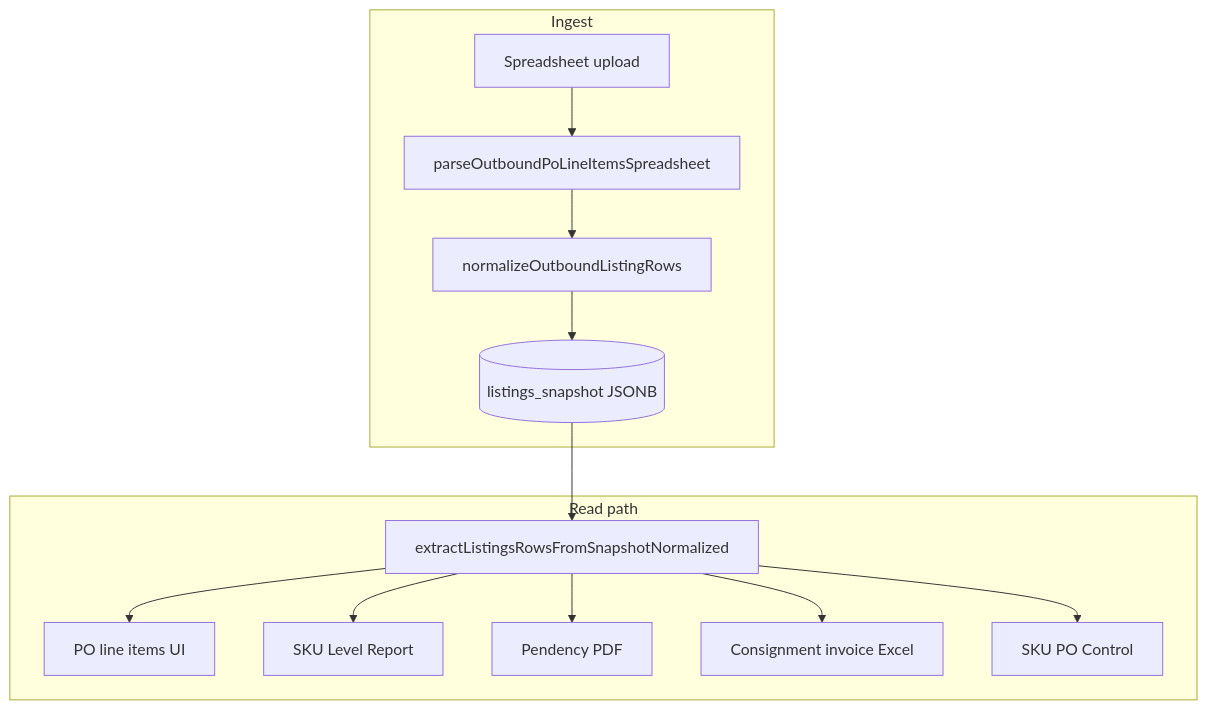
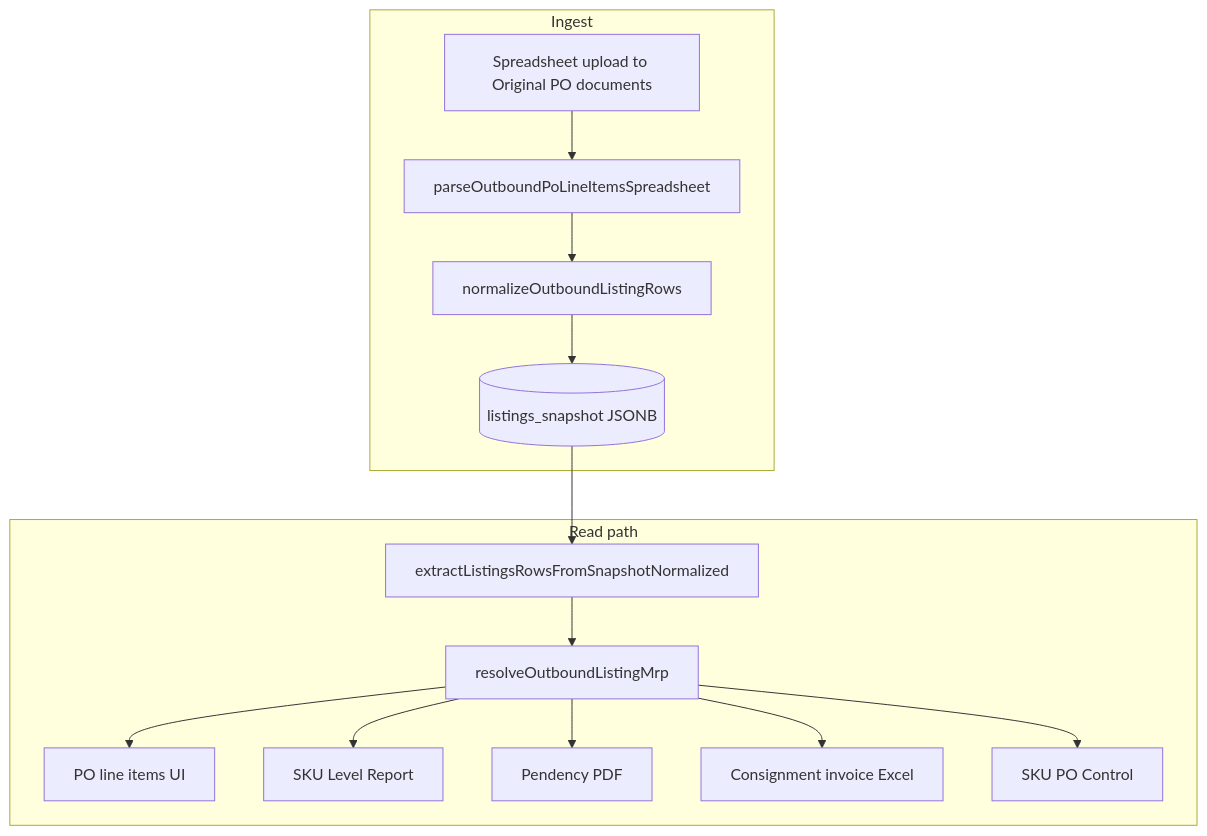
One commit to mohittambi/zap changed the diagram in docs/services/outbound/po-listing-commercial-field-repair.md. Above: the diagram before and after it, drawn with Mermaid. The commit also changed other lines of this file and 37 other files, not shown here.

First line of the commit message:
Ingest full Blinkit PO spreadsheet columns and fix outbound commercial exports.

````diff
--- a/docs/services/outbound/po-listing-commercial-field-repair.md
+++ b/docs/services/outbound/po-listing-commercial-field-repair.md
@@ -26,24 +28,25 @@
 ```mermaid
 flowchart TD
   subgraph ingest [Ingest]
-    Upload[Spreadsheet upload]
+    Upload[Spreadsheet upload to Original PO documents]
     Parse[parseOutboundPoLineItemsSpreadsheet]
     NormalizeIngest[normalizeOutboundListingRows]
     Snapshot[(listings_snapshot JSONB)]
     Upload --> Parse --> NormalizeIngest --> Snapshot
   end
   subgraph read [Read path]
     Extract[extractListingsRowsFromSnapshotNormalized]
+    MrpResolve[resolveOutboundListingMrp]
     UI[PO line items UI]
     SkuReport[SKU Level Report]
     Pendency[Pendency PDF]
     Invoice[Consignment invoice Excel]
     Ops[SKU PO Control]
-    Snapshot --> Extract
-    Extract --> UI
-    Extract --> SkuReport
-    Extract --> Pendency
-    Extract --> Invoice
-    Extract --> Ops
+    Snapshot --> Extract --> MrpResolve
+    MrpResolve --> UI
+    MrpResolve --> SkuReport
+    MrpResolve --> Pendency
+    MrpResolve --> Invoice
+    MrpResolve --> Ops
   end
 ```
````
